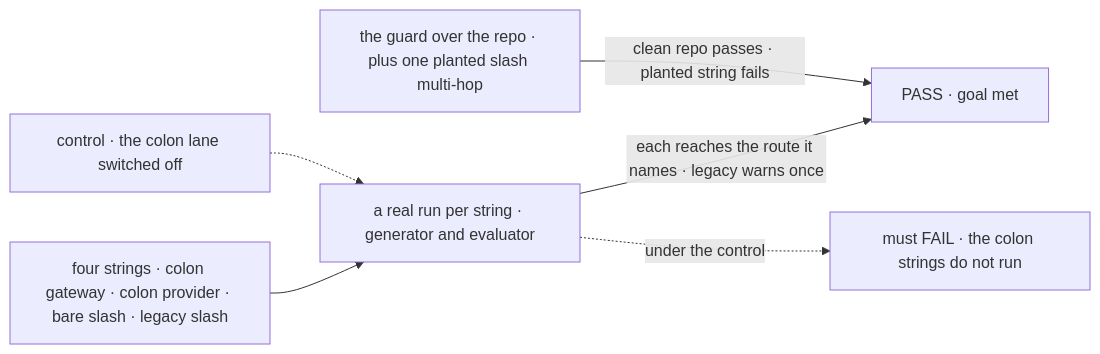
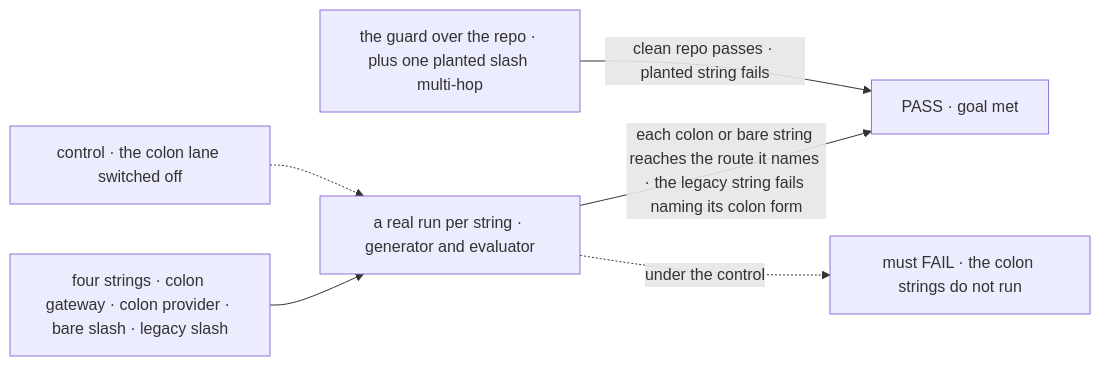
The first of 2 diagrams in specs/issues/FIX-1495/SPEC.md (fixpoint-labs/flow-state-dev), drawn with Mermaid before and after one commit. The commit also changed other lines of this file and 4 other files, not shown here.

````diff
--- a/specs/issues/FIX-1495/SPEC.md
+++ b/specs/issues/FIX-1495/SPEC.md
@@ -33,8 +33,8 @@
 ```mermaid
 flowchart LR
   S["four strings · colon gateway · colon provider · bare slash · legacy slash"] --> R["a real run per string · generator and evaluator"]
-  R -->|"each reaches the route it names · legacy warns once"| P["PASS · goal met"]
+  R -->|"each colon or bare string reaches the route it names · the legacy string fails naming its colon form"| P["PASS · goal met"]
   C["control · the colon lane switched off"] -.-> R
   R -.->|"under the control"| F["must FAIL · the colon strings do not run"]
   G["the guard over the repo · plus one planted slash multi-hop"] -->|"clean repo passes · planted string fails"| P
 ```
````
